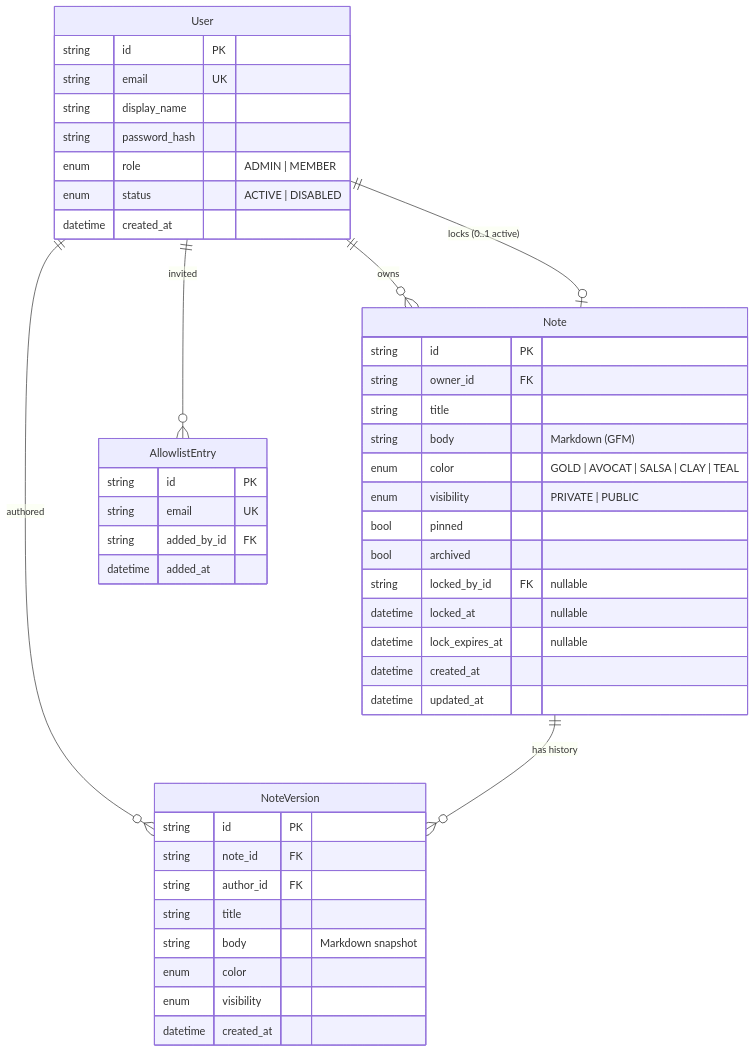
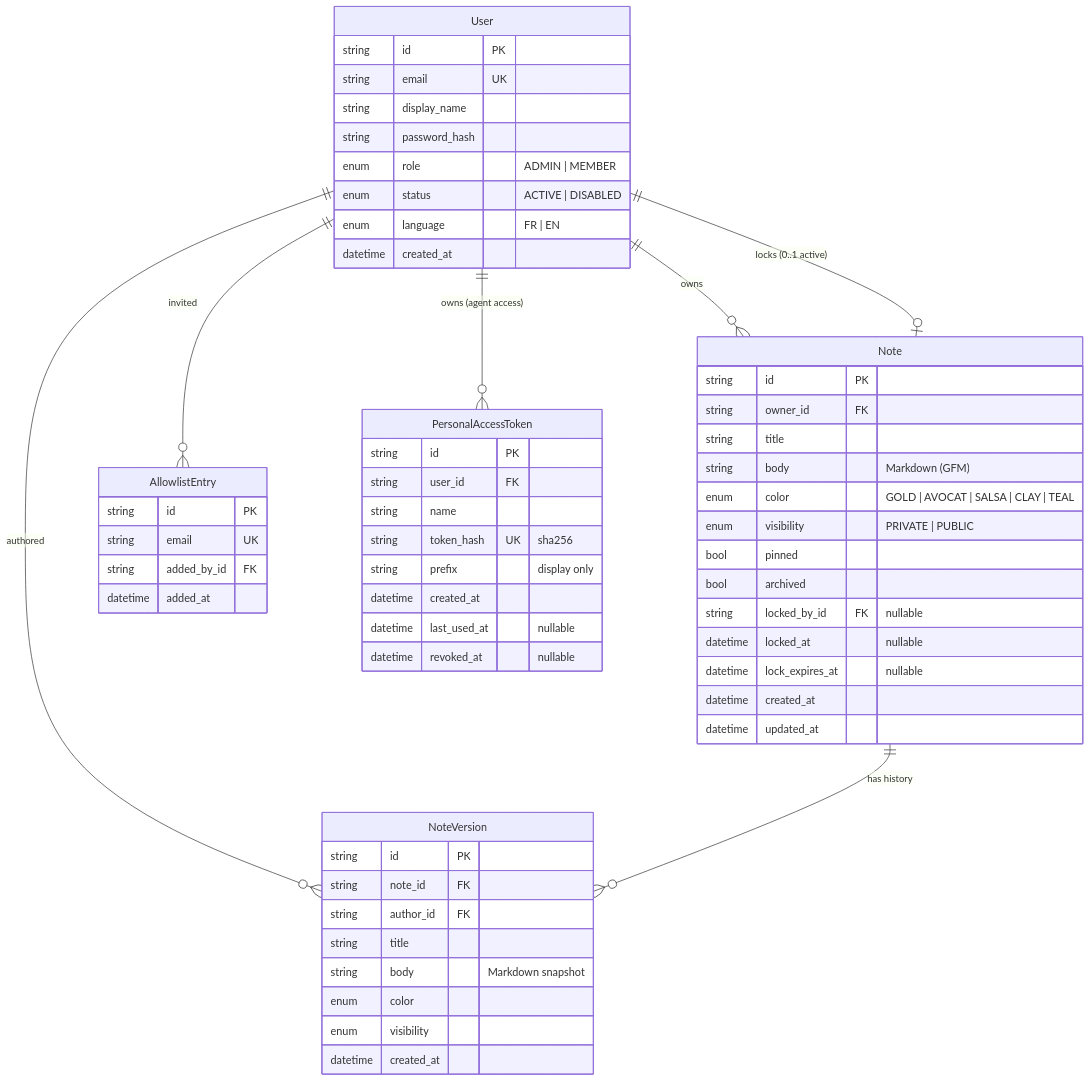
One commit to OuApps/Keepou changed the second of 4 diagrams in docs/ARCHITECTURE.md. Above: the diagram before and after it, drawn with Mermaid. The commit also changed other lines of this file and 82 other files, not shown here.

````diff
--- a/docs/ARCHITECTURE.md
+++ b/docs/ARCHITECTURE.md
@@ -62,49 +62,61 @@
 ```mermaid
 erDiagram
     User ||--o{ Note : owns
     User ||--o{ NoteVersion : authored
     User ||--o{ AllowlistEntry : invited
+    User ||--o{ PersonalAccessToken : "owns (agent access)"
     Note ||--o{ NoteVersion : "has history"
     User ||--o| Note : "locks (0..1 active)"
 
     User {
         string id PK
         string email UK
         string display_name
         string password_hash
         enum role "ADMIN | MEMBER"
         enum status "ACTIVE | DISABLED"
+        enum language "FR | EN"
         datetime created_at
+    }
+    PersonalAccessToken {
+        string id PK
+        string user_id FK
+        string name
+        string token_hash UK "sha256"
+        string prefix "display only"
+        datetime created_at
+        datetime last_used_at "nullable"
+        datetime revoked_at "nullable"
     }
     AllowlistEntry {
         string id PK
         string email UK
         string added_by_id FK
         datetime added_at
     }
     Note {
         string id PK
         string owner_id FK
         string title
         string body "Markdown (GFM)"
         enum color "GOLD | AVOCAT | SALSA | CLAY | TEAL"
         enum visibility "PRIVATE | PUBLIC"
         bool pinned
         bool archived
         string locked_by_id FK "nullable"
         datetime locked_at "nullable"
         datetime lock_expires_at "nullable"
         datetime created_at
         datetime updated_at
     }
     NoteVersion {
         string id PK
         string note_id FK
         string author_id FK
         string title
         string body "Markdown snapshot"
         enum color
         enum visibility
         datetime created_at
     }
 ```
````
